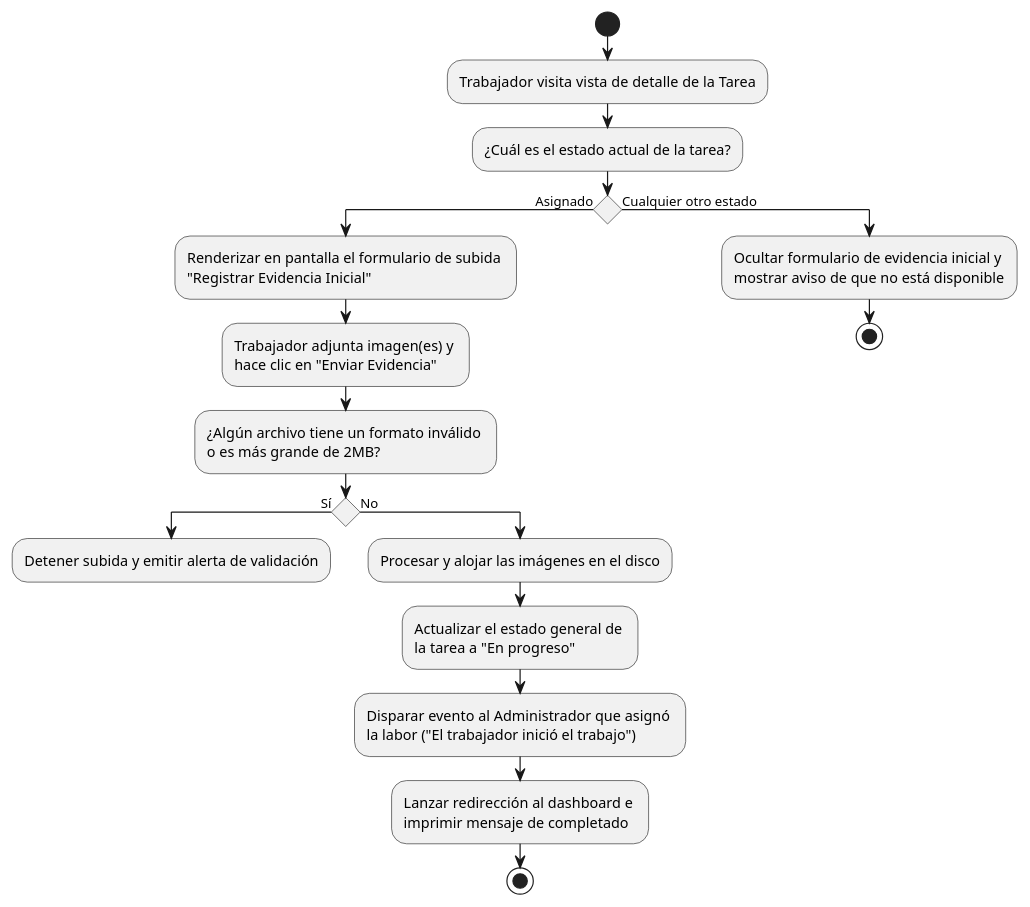
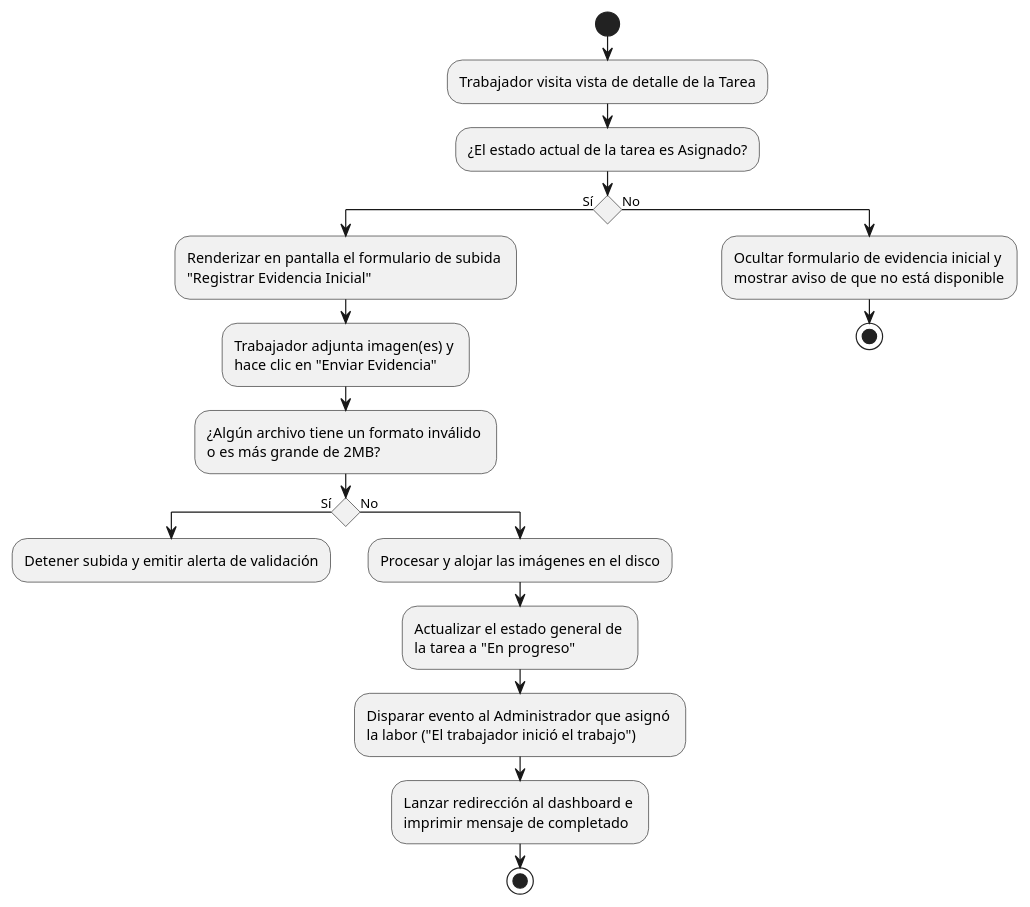
Before and after one commit to MasterErrorCLONE04/SIGERD.1.0: the diagram in document/diagrama_actividades/TRB/TRB-8.md, drawn with PlantUML. The commit also changed 18 other files, not shown here.

````diff
--- a/document/diagrama_actividades/TRB/TRB-8.md
+++ b/document/diagrama_actividades/TRB/TRB-8.md
@@ -20,32 +20,32 @@
 ```plantuml
 @startuml
 skinparam ConditionEndStyle hline
 
 start
 
 :Trabajador visita vista de detalle de la Tarea;
 
-:¿Cuál es el estado actual de la tarea?;
-if () then (Asignado)
+:¿El estado actual de la tarea es Asignado?;
+if () then (Sí)
   :Renderizar en pantalla el formulario de subida \n"Registrar Evidencia Inicial";
   :Trabajador adjunta imagen(es) y \nhace clic en "Enviar Evidencia";
   
   :¿Algún archivo tiene un formato inválido \no es más grande de 2MB?;
   if () then (Sí)
     :Detener subida y emitir alerta de validación;
     kill
   else (No)
     :Procesar y alojar las imágenes en el disco;
     :Actualizar el estado general de \nla tarea a "En progreso";
     
     :Disparar evento al Administrador que asignó \nla labor ("El trabajador inició el trabajo");
     :Lanzar redirección al dashboard e \nimprimir mensaje de completado;
     stop
   endif
-else (Cualquier otro estado)
+else (No)
   :Ocultar formulario de evidencia inicial y \nmostrar aviso de que no está disponible;
   stop
 endif
 
 @enduml
 ```
````
